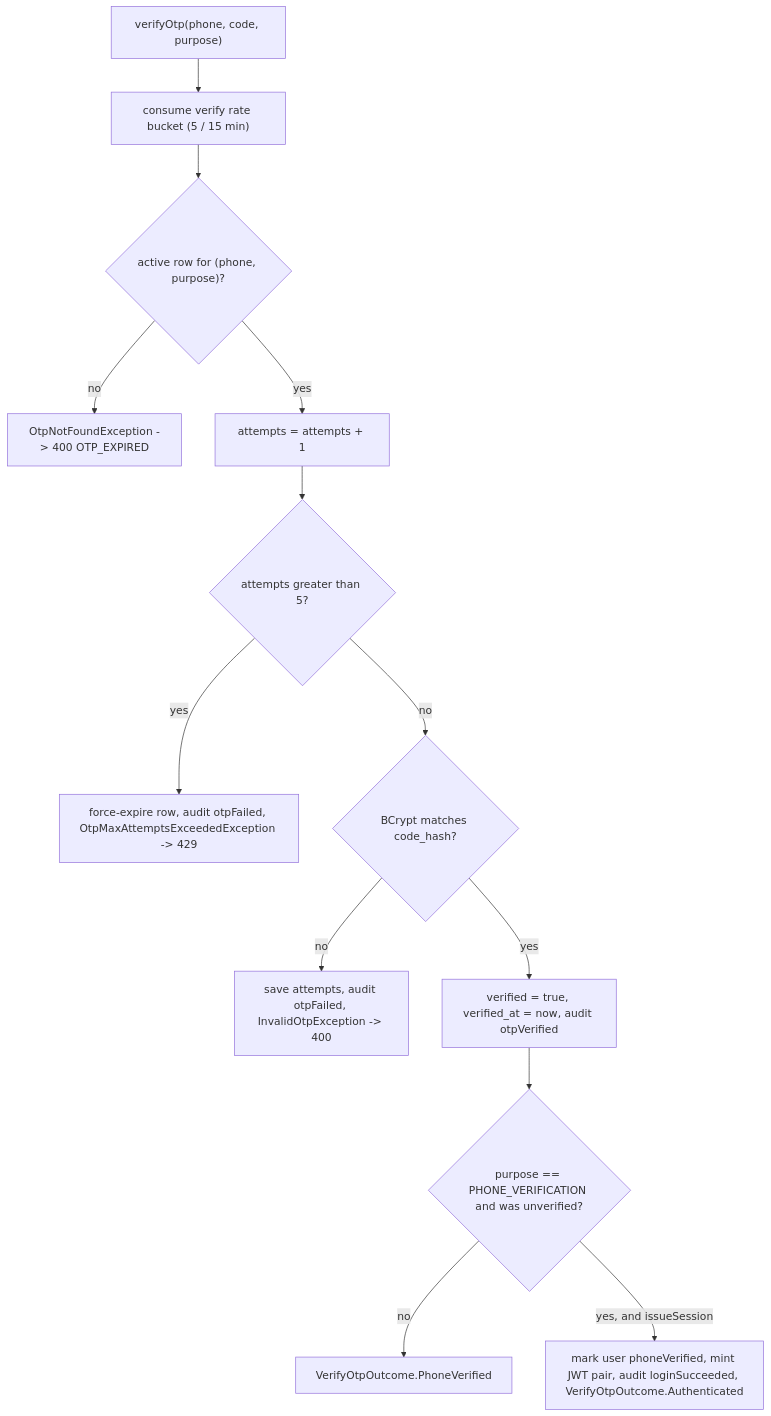
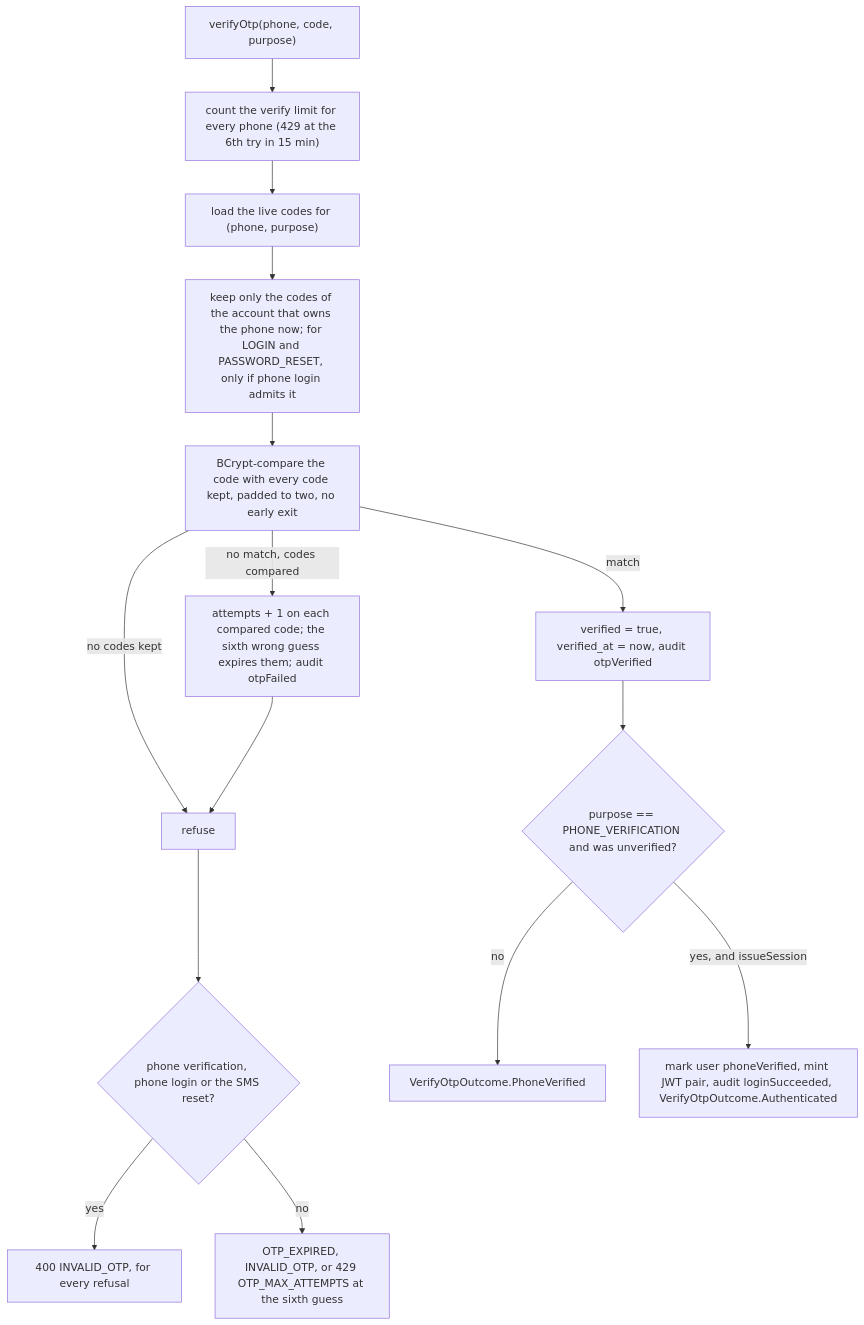
The first of 2 diagrams in docs/auth/otp-and-password-recovery.md (cropdoor/cropdoor-almanac), drawn with Mermaid before and after one commit. The commit also changed other lines of this file and 2 other files, not shown here.

First line of the commit message:
auth: the anonymous phone doors (#391): MFA has its own OTP purpose and limits; every phone is answered alike; a wrong code counts and the sixth kills it; SMS sign-in ignores the password lock

````diff
--- a/docs/auth/otp-and-password-recovery.md
+++ b/docs/auth/otp-and-password-recovery.md
@@ -48,15 +54,17 @@
 ```mermaid
 flowchart TD
-    A["verifyOtp(phone, code, purpose)"] --> B["consume verify rate bucket (5 / 15 min)"]
-    B --> C{"active row for (phone, purpose)?"}
-    C -->|no| X["OtpNotFoundException -> 400 OTP_EXPIRED"]
-    C -->|yes| D["attempts = attempts + 1"]
-    D --> E{"attempts greater than 5?"}
-    E -->|yes| F["force-expire row, audit otpFailed, OtpMaxAttemptsExceededException -> 429"]
-    E -->|no| G{"BCrypt matches code_hash?"}
-    G -->|no| H["save attempts, audit otpFailed, InvalidOtpException -> 400"]
-    G -->|yes| I["verified = true, verified_at = now, audit otpVerified"]
+    A["verifyOtp(phone, code, purpose)"] --> B["count the verify limit for every phone (429 at the 6th try in 15 min)"]
+    B --> C["load the live codes for (phone, purpose)"]
+    C --> D["keep only the codes of the account that owns the phone now; for LOGIN and PASSWORD_RESET, only if phone login admits it"]
+    D --> E["BCrypt-compare the code with every code kept, padded to two, no early exit"]
+    E -->|match| I["verified = true, verified_at = now, audit otpVerified"]
+    E -->|no match, codes compared| F["attempts + 1 on each compared code; the sixth wrong guess expires them; audit otpFailed"]
+    E -->|no codes kept| G["refuse"]
+    F --> G
+    G --> H{"phone verification, phone login or the SMS reset?"}
+    H -->|yes| H1["400 INVALID_OTP, for every refusal"]
+    H -->|no| H2["OTP_EXPIRED, INVALID_OTP, or 429 OTP_MAX_ATTEMPTS at the sixth guess"]
     I --> J{"purpose == PHONE_VERIFICATION and was unverified?"}
     J -->|no| K["VerifyOtpOutcome.PhoneVerified"]
     J -->|yes, and issueSession| L["mark user phoneVerified, mint JWT pair, audit loginSucceeded, VerifyOtpOutcome.Authenticated"]
 ```
````
